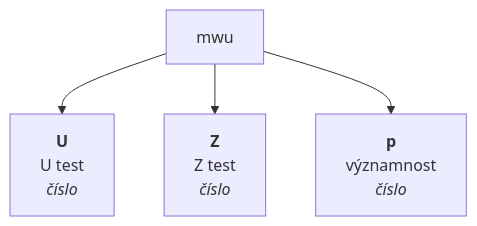
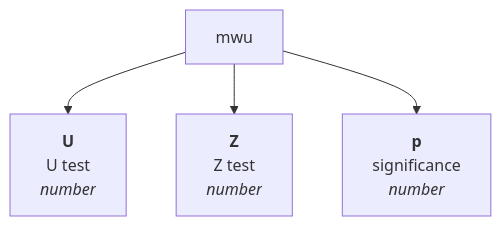
The third of 3 diagrams in md-test.md (muzikp/retusa), drawn with Mermaid before and after one commit. The commit also changed other lines of this file, not shown here.

````diff
--- a/md-test.md
+++ b/md-test.md
@@ -182,7 +182,7 @@
 ```mermaid
 graph TD
-mwu --> U[<b>U</b><br>U test <br><i>číslo</i>]
-mwu --> Z[<b>Z</b><br>Z test <br><i>číslo</i>]
-mwu --> p[<b>p</b><br>významnost <br><i>číslo</i>]
+mwu --> U[<b>U</b><br>U test <br><i>number</i>]
+mwu --> Z[<b>Z</b><br>Z test <br><i>number</i>]
+mwu --> p[<b>p</b><br>significance <br><i>number</i>]
 
 ```
````
